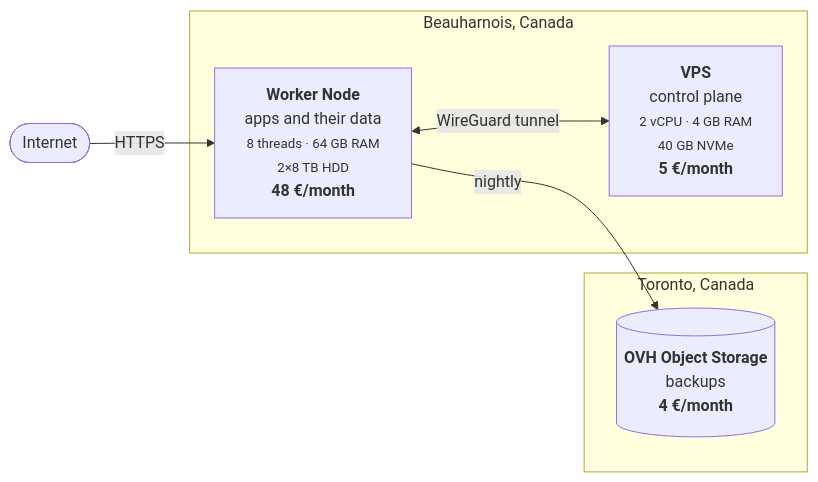
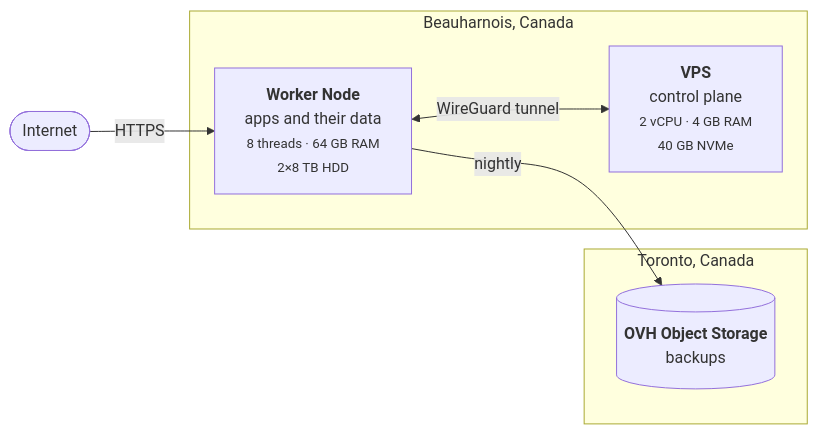
One commit to Androz2091/k8s-infrastructure changed the diagram in README.md. Above: the diagram before and after it, drawn with Mermaid. The commit also changed other lines of this file, not shown here.

````diff
--- a/README.md
+++ b/README.md
@@ -7,17 +7,17 @@
 ```mermaid
 flowchart LR
     Internet(["Internet"])
 
     subgraph BHS["Beauharnois, Canada"]
-        DED["<b>Worker Node</b><br/>apps and their data<br/><small>8 threads · 64 GB RAM<br/>2×8 TB HDD</small><br/><b>48 €/month</b>"]
-        VPS["<b>VPS</b><br/>control plane<br/><small>2 vCPU · 4 GB RAM<br/>40 GB NVMe</small><br/><b>5 €/month</b>"]
+        DED["<b>Worker Node</b><br/>apps and their data<br/><small>8 threads · 64 GB RAM<br/>2×8 TB HDD</small><br/>"]
+        VPS["<b>VPS</b><br/>control plane<br/><small>2 vCPU · 4 GB RAM<br/>40 GB NVMe</small><br/>"]
     end
 
     subgraph TOR["Toronto, Canada"]
-        S3[("<b>OVH Object Storage</b><br/>backups<br/><b>4 €/month</b>")]
+        S3[("<b>OVH Object Storage</b><br/>backups<br/>")]
     end
 
     Internet -->|HTTPS| DED
     DED <-->|WireGuard tunnel| VPS
     DED -->|nightly| S3
 ```
````
